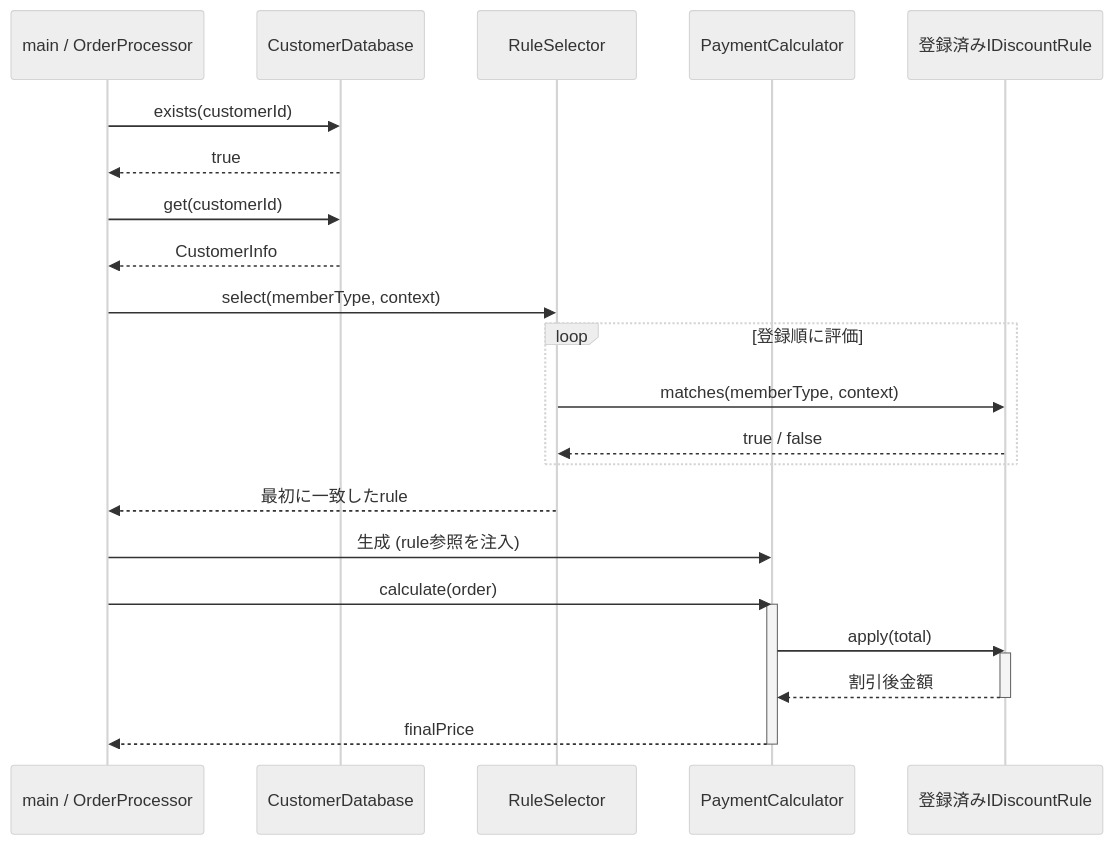
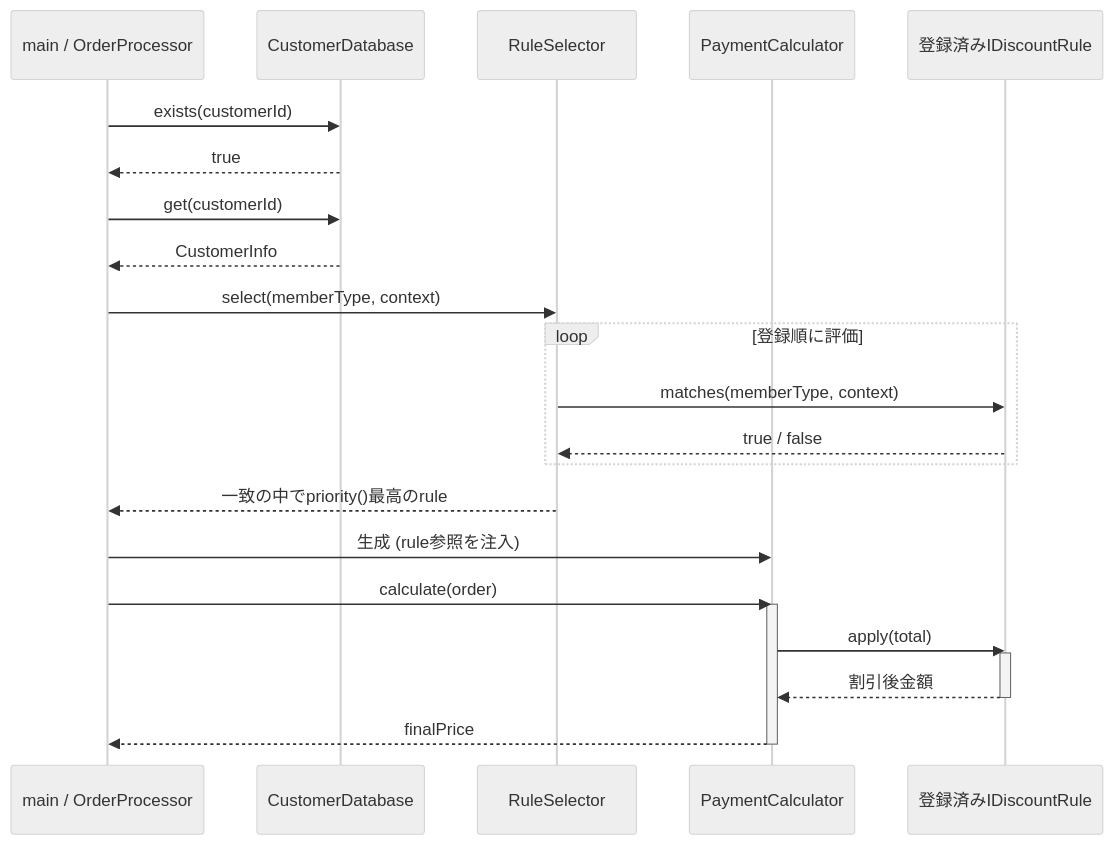
The tenth of 13 diagrams in kindle/design-patterns/output/chapter01.md (kumachan1101-pixel/DesignPattern), drawn with Mermaid (neutral theme) before and after one commit. The commit also changed other lines of this file and 1 other file, not shown here.

````diff
--- a/kindle/design-patterns/output/chapter01.md
+++ b/kindle/design-patterns/output/chapter01.md
@@ -2048,28 +2118,28 @@
 ```mermaid
 sequenceDiagram
     participant M as main / OrderProcessor
     participant DB as CustomerDatabase
     participant S as RuleSelector
     participant P as PaymentCalculator
     participant I as 登録済みIDiscountRule
 
     M->>DB: exists(customerId)
     DB-->>M: true
     M->>DB: get(customerId)
     DB-->>M: CustomerInfo
     M->>S: select(memberType, context)
     loop 登録順に評価
         S->>I: matches(memberType, context)
         I-->>S: true / false
     end
-    S-->>M: 最初に一致したrule
+    S-->>M: 一致の中でpriority()最高のrule
     M->>P: 生成 (rule参照を注入)
     M->>P: calculate(order)
     activate P
     P->>I: apply(total)
     activate I
     I-->>P: 割引後金額
     deactivate I
     P-->>M: finalPrice
     deactivate P
 ```
````
